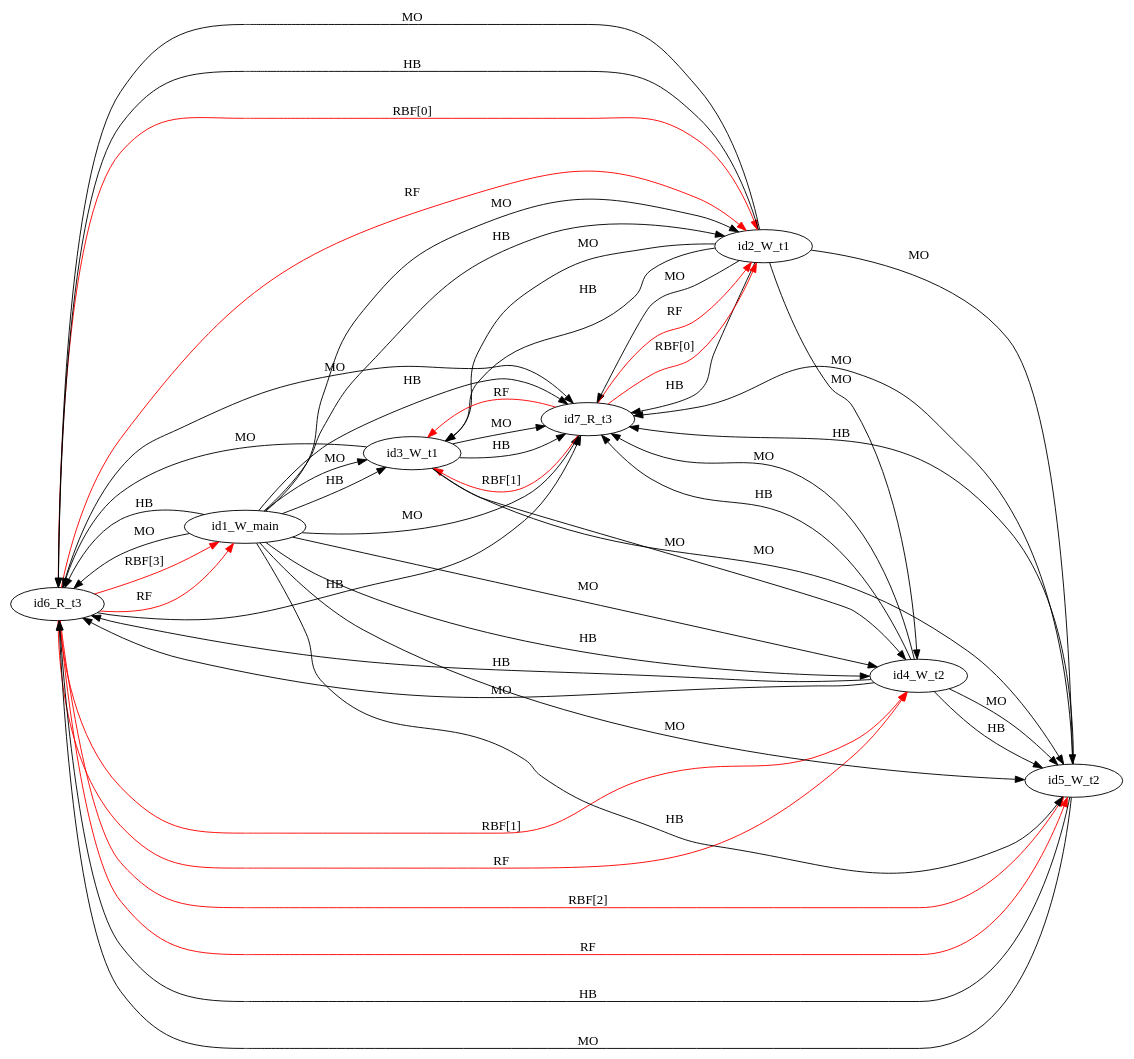
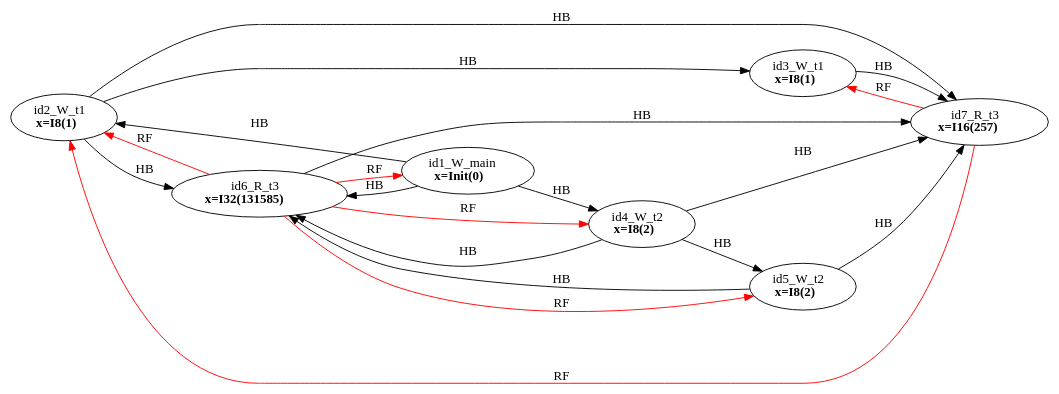
Before and after one commit to FMJS/EMME: the diagram in examples/single_var/sv_simple14/mm11.dot, drawn with Graphviz. The commit also changed 528 other files, not shown here.

```diff
--- a/examples/single_var/sv_simple14/mm11.dot
+++ b/examples/single_var/sv_simple14/mm11.dot
@@ -1,52 +1,30 @@
 digraph memory_model {
 rankdir=LR;
-id6_R_t3 -> id1_W_main [label = "RBF[3]", color="red"];
-id6_R_t3 -> id2_W_t1 [label = "RBF[0]", color="red"];
-id6_R_t3 -> id4_W_t2 [label = "RBF[1]", color="red"];
-id6_R_t3 -> id5_W_t2 [label = "RBF[2]", color="red"];
-id7_R_t3 -> id2_W_t1 [label = "RBF[0]", color="red"];
-id7_R_t3 -> id3_W_t1 [label = "RBF[1]", color="red"];
-id6_R_t3 -> id1_W_main [label = "RF", color="red"];
-id6_R_t3 -> id2_W_t1 [label = "RF", color="red"];
-id6_R_t3 -> id4_W_t2 [label = "RF", color="red"];
-id6_R_t3 -> id5_W_t2 [label = "RF", color="red"];
-id7_R_t3 -> id2_W_t1 [label = "RF", color="red"];
-id7_R_t3 -> id3_W_t1 [label = "RF", color="red"];
+splines=true; esep=0.5;
 id2_W_t1 -> id3_W_t1 [label = "HB", color="black"];
 id4_W_t2 -> id5_W_t2 [label = "HB", color="black"];
 id6_R_t3 -> id7_R_t3 [label = "HB", color="black"];
 id1_W_main -> id2_W_t1 [label = "HB", color="black"];
-id1_W_main -> id3_W_t1 [label = "HB", color="black"];
 id1_W_main -> id4_W_t2 [label = "HB", color="black"];
-id1_W_main -> id5_W_t2 [label = "HB", color="black"];
 id1_W_main -> id6_R_t3 [label = "HB", color="black"];
-id1_W_main -> id7_R_t3 [label = "HB", color="black"];
 id2_W_t1 -> id6_R_t3 [label = "HB", color="black"];
 id2_W_t1 -> id7_R_t3 [label = "HB", color="black"];
 id3_W_t1 -> id7_R_t3 [label = "HB", color="black"];
 id4_W_t2 -> id6_R_t3 [label = "HB", color="black"];
 id4_W_t2 -> id7_R_t3 [label = "HB", color="black"];
 id5_W_t2 -> id6_R_t3 [label = "HB", color="black"];
 id5_W_t2 -> id7_R_t3 [label = "HB", color="black"];
-id2_W_t1 -> id3_W_t1 [label = "MO", color="black"];
-id4_W_t2 -> id5_W_t2 [label = "MO", color="black"];
-id6_R_t3 -> id7_R_t3 [label = "MO", color="black"];
-id1_W_main -> id2_W_t1 [label = "MO", color="black"];
-id1_W_main -> id3_W_t1 [label = "MO", color="black"];
-id1_W_main -> id4_W_t2 [label = "MO", color="black"];
-id1_W_main -> id5_W_t2 [label = "MO", color="black"];
-id1_W_main -> id6_R_t3 [label = "MO", color="black"];
-id1_W_main -> id7_R_t3 [label = "MO", color="black"];
-id2_W_t1 -> id4_W_t2 [label = "MO", color="black"];
-id2_W_t1 -> id5_W_t2 [label = "MO", color="black"];
-id2_W_t1 -> id6_R_t3 [label = "MO", color="black"];
-id2_W_t1 -> id7_R_t3 [label = "MO", color="black"];
-id3_W_t1 -> id4_W_t2 [label = "MO", color="black"];
-id3_W_t1 -> id5_W_t2 [label = "MO", color="black"];
-id3_W_t1 -> id6_R_t3 [label = "MO", color="black"];
-id3_W_t1 -> id7_R_t3 [label = "MO", color="black"];
-id4_W_t2 -> id6_R_t3 [label = "MO", color="black"];
-id4_W_t2 -> id7_R_t3 [label = "MO", color="black"];
-id5_W_t2 -> id6_R_t3 [label = "MO", color="black"];
-id5_W_t2 -> id7_R_t3 [label = "MO", color="black"];
+id6_R_t3 -> id1_W_main [label = "RF", color="red"];
+id6_R_t3 -> id2_W_t1 [label = "RF", color="red"];
+id6_R_t3 -> id4_W_t2 [label = "RF", color="red"];
+id6_R_t3 -> id5_W_t2 [label = "RF", color="red"];
+id7_R_t3 -> id2_W_t1 [label = "RF", color="red"];
+id7_R_t3 -> id3_W_t1 [label = "RF", color="red"];
+id1_W_main [label=<id1_W_main<br/><B>x=Init(0)</B>>, pos="5.0,4!"]
+id2_W_t1 [label=<id2_W_t1<br/><B>x=I8(1)</B>>, pos="0,2!"]
+id3_W_t1 [label=<id3_W_t1<br/><B>x=I8(1)</B>>, pos="0,0!"]
+id4_W_t2 [label=<id4_W_t2<br/><B>x=I8(2)</B>>, pos="5,2!"]
+id5_W_t2 [label=<id5_W_t2<br/><B>x=I8(2)</B>>, pos="5,0!"]
+id6_R_t3 [label=<id6_R_t3<br/><B>x=I32(131585)</B>>, pos="10,2!"]
+id7_R_t3 [label=<id7_R_t3<br/><B>x=I16(257)</B>>, pos="10,0!"]
 }
```
